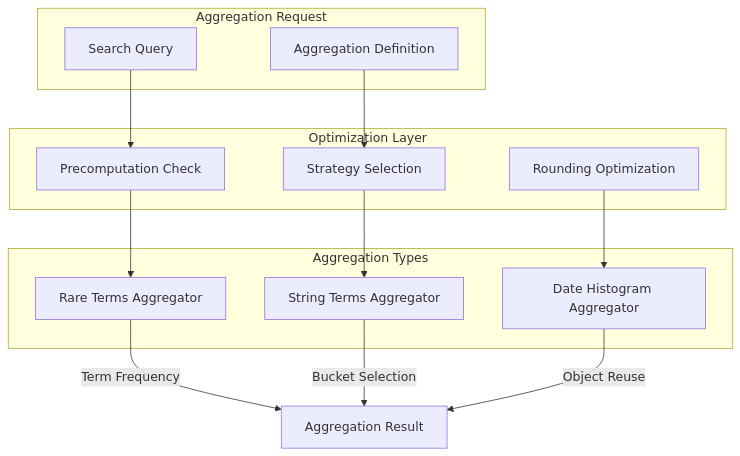
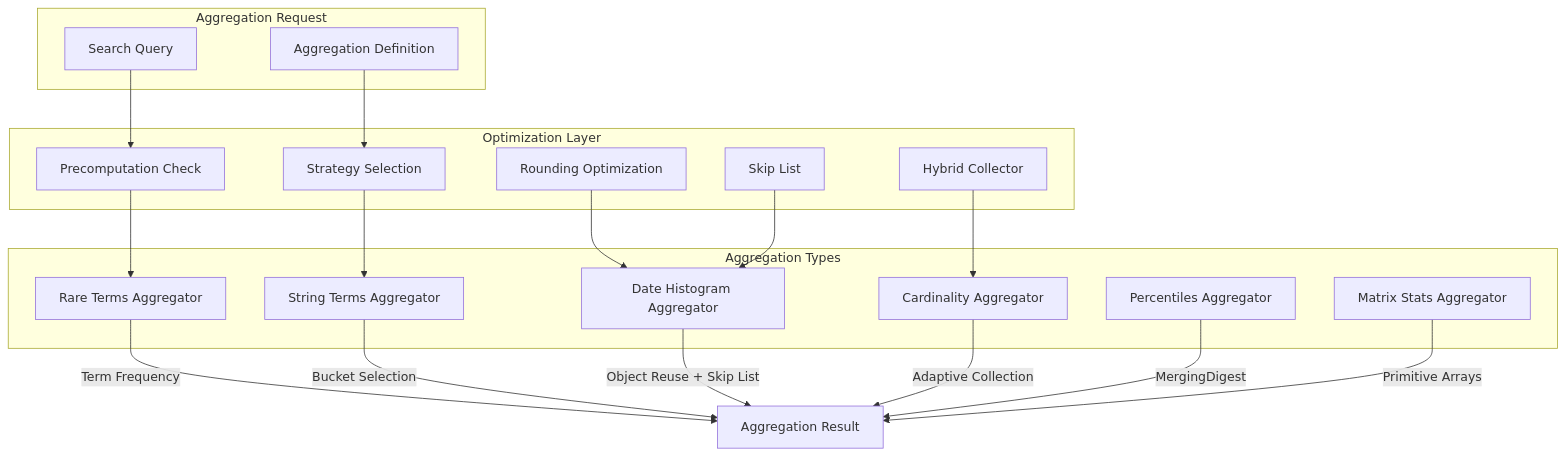
Before and after one commit to tkykenmt/opensearch-feature-explorer: the first of 2 diagrams in docs/features/opensearch/aggregation-optimizations.md, drawn with Mermaid. The commit also changed other lines of this file and 2 other files, not shown here.

````diff
--- a/docs/features/opensearch/aggregation-optimizations.md
+++ b/docs/features/opensearch/aggregation-optimizations.md
@@ -11,30 +11,40 @@
 ```mermaid
 graph TB
     subgraph "Aggregation Request"
         Query[Search Query]
         Agg[Aggregation Definition]
     end
     
     subgraph "Optimization Layer"
         PreComp[Precomputation Check]
         Strategy[Strategy Selection]
         Rounding[Rounding Optimization]
+        Hybrid[Hybrid Collector]
+        SkipList[Skip List]
     end
     
     subgraph "Aggregation Types"
         RareTerms[Rare Terms Aggregator]
         StringTerms[String Terms Aggregator]
         DateHist[Date Histogram Aggregator]
+        Cardinality[Cardinality Aggregator]
+        Percentiles[Percentiles Aggregator]
+        MatrixStats[Matrix Stats Aggregator]
     end
     
     Query --> PreComp
     Agg --> Strategy
     
     PreComp --> RareTerms
     Strategy --> StringTerms
     Rounding --> DateHist
+    Hybrid --> Cardinality
+    SkipList --> DateHist
     
     RareTerms --> |"Term Frequency"| Result[Aggregation Result]
     StringTerms --> |"Bucket Selection"| Result
-    DateHist --> |"Object Reuse"| Result
+    DateHist --> |"Object Reuse + Skip List"| Result
+    Cardinality --> |"Adaptive Collection"| Result
+    Percentiles --> |"MergingDigest"| Result
+    MatrixStats --> |"Primitive Arrays"| Result
 ```
````
